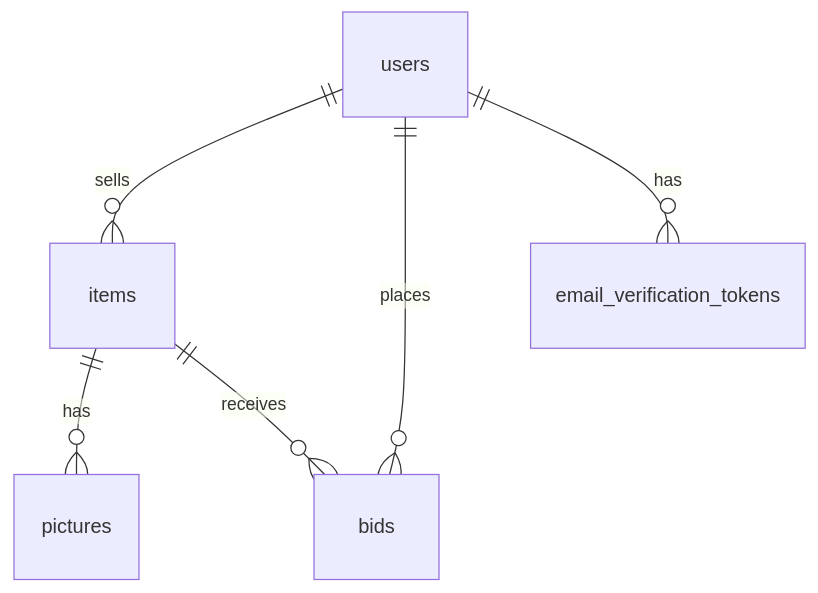
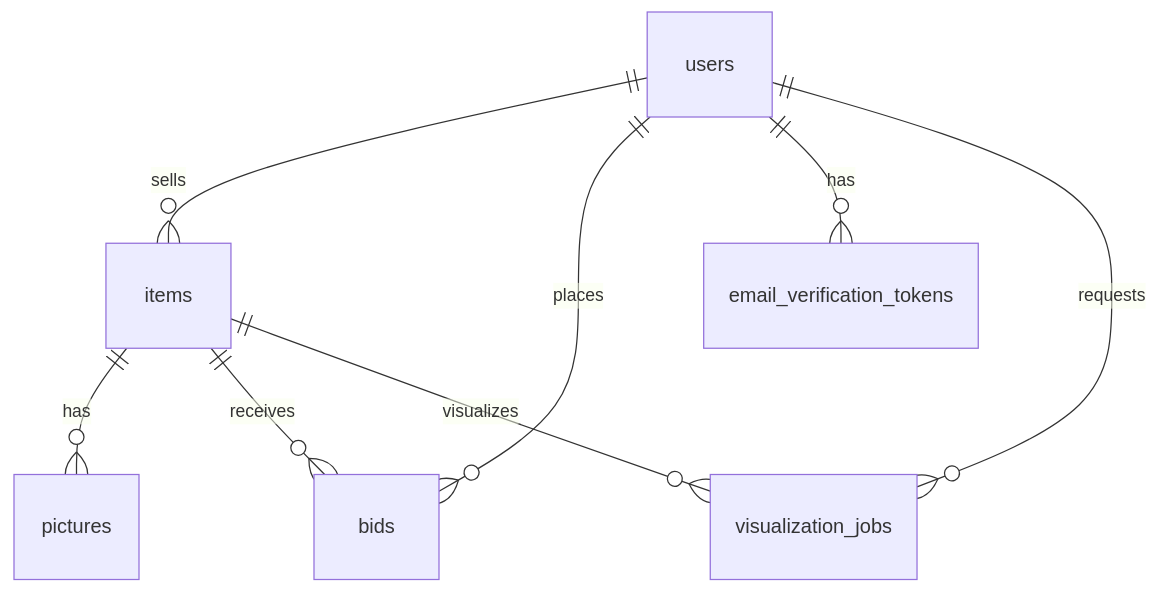
Before and after one commit to freebies-warrior/artium: the diagram in docs/db/schema.md, drawn with Mermaid. The commit also changed other lines of this file, not shown here.

Commit message:
Update docs/db/schema.md to add visualizer_job table

````diff
--- a/docs/db/schema.md
+++ b/docs/db/schema.md
@@ -53,8 +55,11 @@
 ```mermaid
 erDiagram
   users ||--o{ items : sells
   items ||--o{ pictures : has
   users ||--o{ bids : places
   items ||--o{ bids : receives
   users ||--o{ email_verification_tokens : has
+  users ||--o{ visualization_jobs : requests
+  items ||--o{ visualization_jobs : visualizes
+
 ```
````
